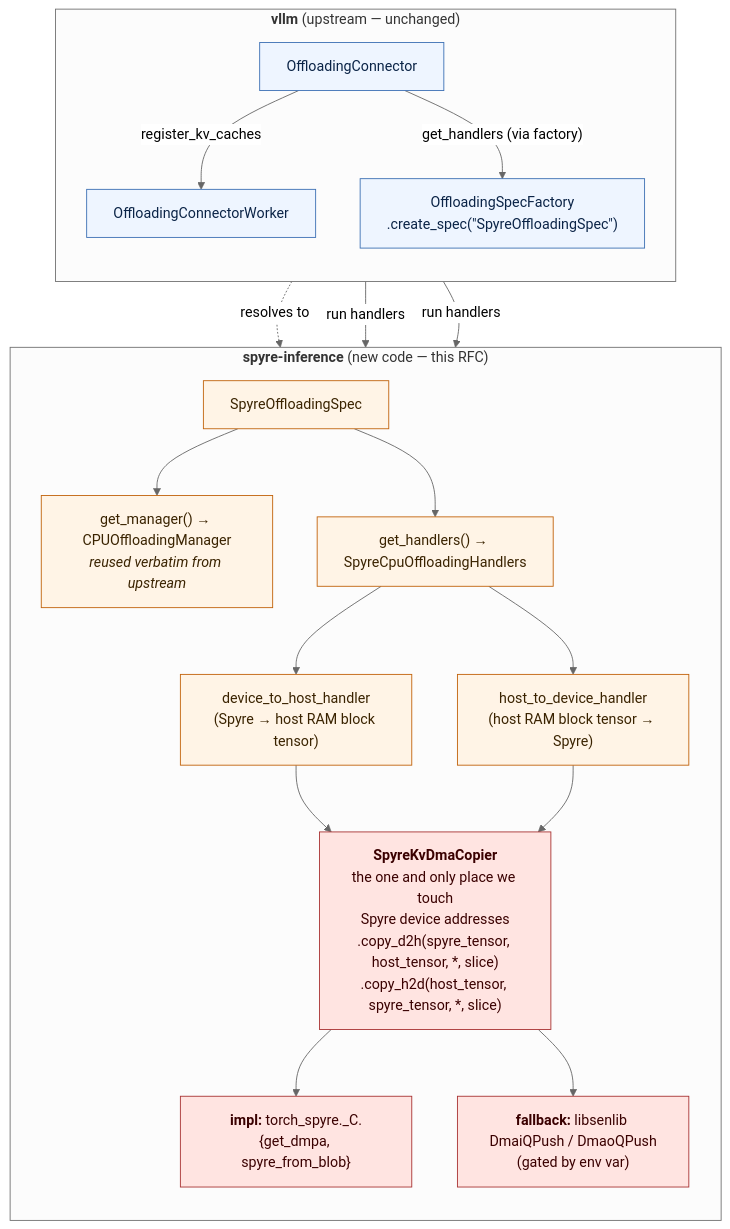
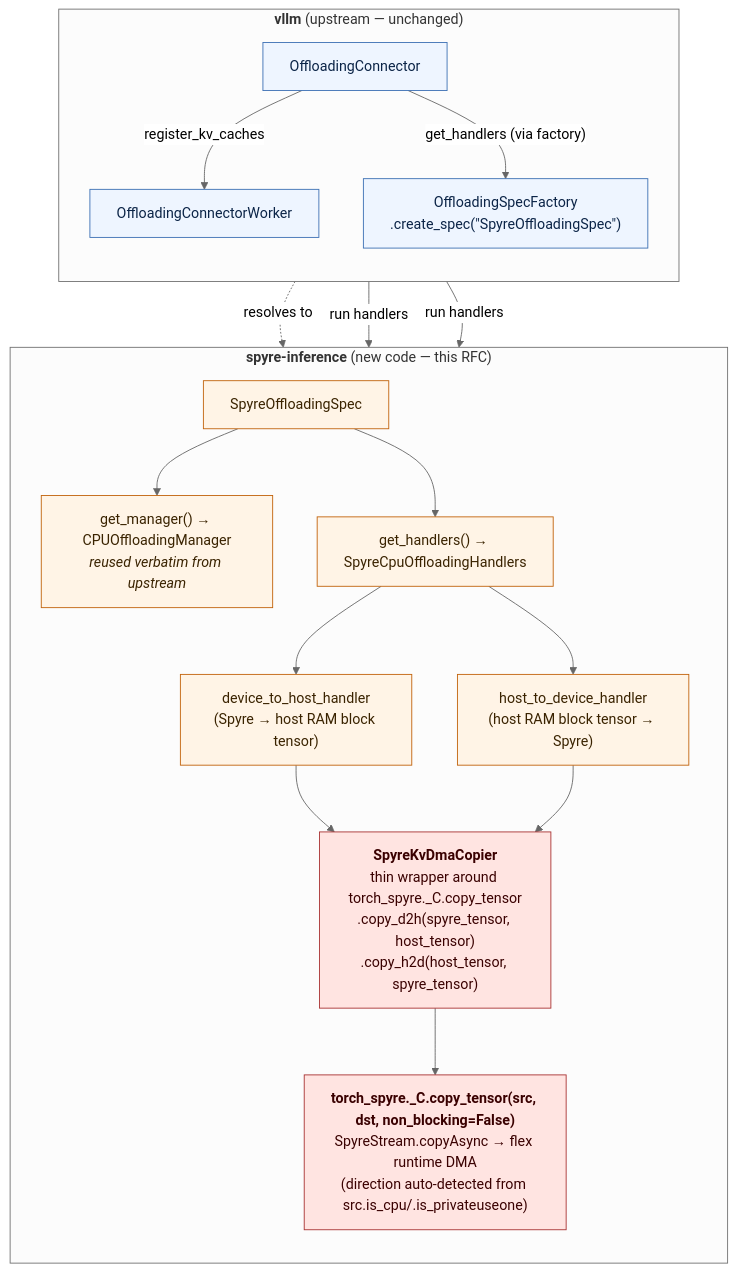
The diagram in docs/architecture/rfcs/upstream-connector-port.md (torch-spyre/spyre-inference), drawn with Mermaid before and after one commit. The commit also changed other lines of this file and 2 other files, not shown here.

````diff
--- a/docs/architecture/rfcs/upstream-connector-port.md
+++ b/docs/architecture/rfcs/upstream-connector-port.md
@@ -140,46 +133,44 @@
 ```mermaid
 %%{ init: { "flowchart": { "htmlLabels": true, "curve": "basis" }, "theme": "neutral" } }%%
 flowchart TB
 
     subgraph vllm["<b>vllm</b> (upstream — unchanged)"]
         direction TB
         OC["OffloadingConnector"]
         OCW["OffloadingConnectorWorker"]
         Factory["OffloadingSpecFactory<br/>.create_spec(&quot;SpyreOffloadingSpec&quot;)"]
         OC -- "register_kv_caches" --> OCW
         OC -- "get_handlers (via factory)" --> Factory
     end
 
     subgraph spyre["<b>spyre-inference</b> (new code — this RFC)"]
         direction TB
         Spec["SpyreOffloadingSpec"]
         Mgr["get_manager() → CPUOffloadingManager<br/><i>reused verbatim from upstream</i>"]
         Handlers["get_handlers() → SpyreCpuOffloadingHandlers"]
         D2H["device_to_host_handler<br/>(Spyre → host RAM block tensor)"]
         H2D["host_to_device_handler<br/>(host RAM block tensor → Spyre)"]
-        Copier["<b>SpyreKvDmaCopier</b><br/>the one and only place we touch<br/>Spyre device addresses<br/>.copy_d2h(spyre_tensor, host_tensor, *, slice)<br/>.copy_h2d(host_tensor, spyre_tensor, *, slice)"]
-        Backend1["<b>impl:</b> torch_spyre._C.{get_dmpa, spyre_from_blob}"]
-        Backend2["<b>fallback:</b> libsenlib DmaiQPush / DmaoQPush<br/>(gated by env var)"]
+        Copier["<b>SpyreKvDmaCopier</b><br/>thin wrapper around torch_spyre._C.copy_tensor<br/>.copy_d2h(spyre_tensor, host_tensor)<br/>.copy_h2d(host_tensor, spyre_tensor)"]
+        Backend["<b>torch_spyre._C.copy_tensor(src, dst, non_blocking=False)</b><br/>SpyreStream.copyAsync → flex runtime DMA<br/>(direction auto-detected from src.is_cpu/.is_privateuseone)"]
 
         Spec --> Mgr
         Spec --> Handlers
         Handlers --> D2H
         Handlers --> H2D
         D2H --> Copier
         H2D --> Copier
-        Copier --> Backend1
-        Copier --> Backend2
+        Copier --> Backend
     end
 
     Factory -. "resolves to" .-> Spec
     OCW -- "run handlers" --> D2H
     OCW -- "run handlers" --> H2D
 
     classDef upstream fill:#eef5ff,stroke:#3b6fb3,color:#0b2447
     classDef plugin fill:#fff4e6,stroke:#c1620a,color:#3a2300
     classDef hot fill:#ffe4e1,stroke:#a83232,color:#3a0000
 
     class OC,OCW,Factory upstream
     class Spec,Mgr,Handlers,D2H,H2D plugin
-    class Copier,Backend1,Backend2 hot
+    class Copier,Backend hot
 ```
````
